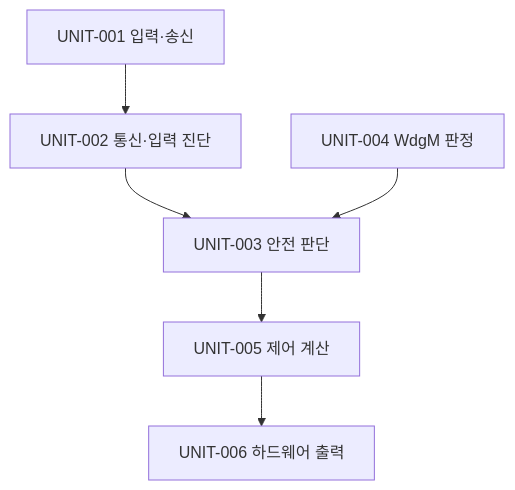
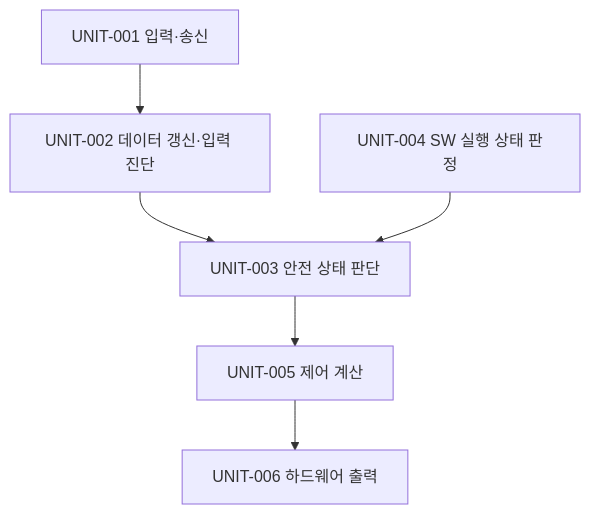
One commit to kwangil1245-code/iso26262-sbw-failsafe changed the first of 5 diagrams in iso26262-sbw-failsafe/workproducts/05_SW_Detailed_Design_Unit_Construction.md. Above: the diagram before and after it, drawn with Mermaid. The commit also changed other lines of this file, not shown here.

````diff
--- a/iso26262-sbw-failsafe/workproducts/05_SW_Detailed_Design_Unit_Construction.md
+++ b/iso26262-sbw-failsafe/workproducts/05_SW_Detailed_Design_Unit_Construction.md
@@ -43,8 +54,8 @@
 ```mermaid
 flowchart TD
-    U1["UNIT-001 입력·송신"] --> U2["UNIT-002 통신·입력 진단"]
-    U2 --> U3["UNIT-003 안전 판단"]
-    U4["UNIT-004 WdgM 판정"] --> U3
+    U1["UNIT-001 입력·송신"] --> U2["UNIT-002 데이터 갱신·입력 진단"]
+    U2 --> U3["UNIT-003 안전 상태 판단"]
+    U4["UNIT-004 SW 실행 상태 판정"] --> U3
     U3 --> U5["UNIT-005 제어 계산"]
     U5 --> U6["UNIT-006 하드웨어 출력"]
 ```
````
